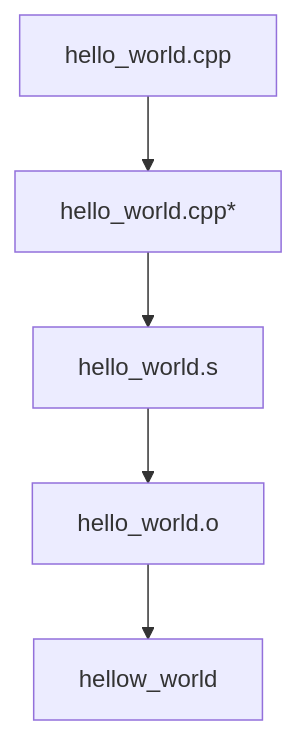
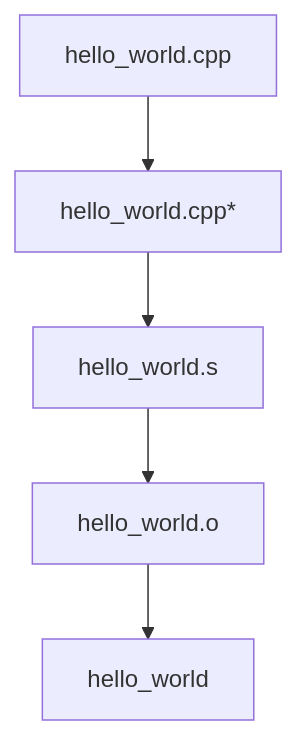
Before and after one commit to DumDereDum/c_cpp_course: the diagram in lesson_1/README.md, drawn with Mermaid. The commit also changed other lines of this file and 1 other file, not shown here.

Commit message:
typo fix

````diff
--- a/lesson_1/README.md
+++ b/lesson_1/README.md
@@ -18,7 +18,7 @@
 ```mermaid
     graph TD;
     hello_world.cpp --> hello_world.cpp*
     hello_world.cpp* --> hello_world.s
     hello_world.s --> hello_world.o
-    hello_world.o --> hellow_world
+    hello_world.o --> hello_world
 ```
````
